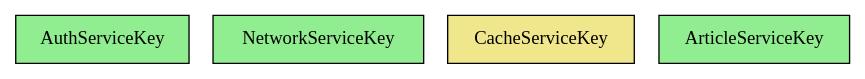
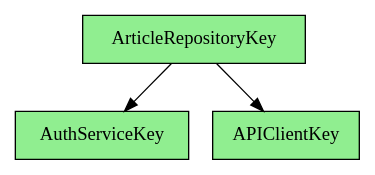
Before and after one commit to AxiomOrient/Weaver: the diagram in README.md, drawn with Graphviz. The commit also changed other lines of this file and 4 other files, not shown here.

````diff
--- a/README.md
+++ b/README.md
@@ -302,10 +305,11 @@
-    ```dot
-    digraph Dependencies {
-      rankdir=TB;
-      node [shape=box, style=rounded];
-      "AuthServiceKey" [fillcolor=lightgreen, style=filled];
-      "NetworkServiceKey" [fillcolor=lightgreen, style=filled];
-      "CacheServiceKey" [fillcolor=khaki, style=filled];
-      "ArticleServiceKey" [fillcolor=lightgreen, style=filled];
-    }
-    ```
+```dot
+digraph Dependencies {
+  rankdir=TB;
+  node [shape=box, style=rounded];
+  "AuthServiceKey" [fillcolor=lightgreen, style=filled];
+  "APIClientKey" [fillcolor=lightgreen, style=filled];
+  "ArticleRepositoryKey" [fillcolor=lightgreen, style=filled];
+  "ArticleRepositoryKey" -> "AuthServiceKey";
+  "ArticleRepositoryKey" -> "APIClientKey";
+}
+```
````
